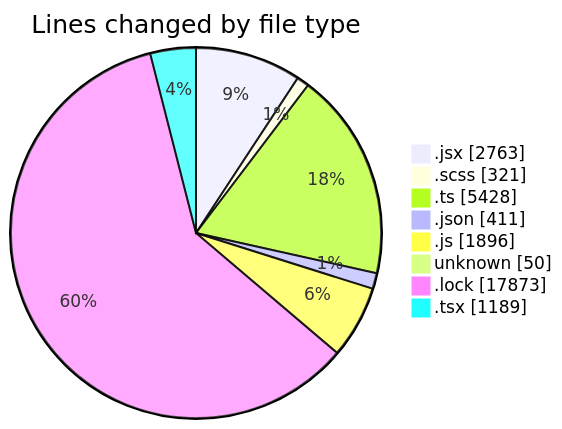
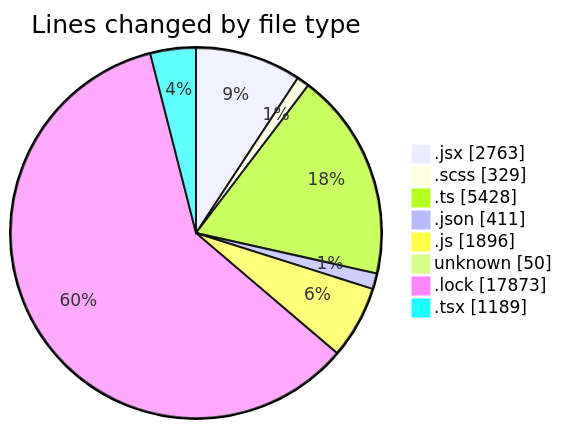
The first of 2 diagrams in 2026-09-01/cda/README.md (momahboobian/code-tracking), drawn with Mermaid before and after one commit. The commit also changed other lines of this file and 1 other file, not shown here.

````diff
--- a/2026-09-01/cda/README.md
+++ b/2026-09-01/cda/README.md
@@ -77,12 +77,12 @@
 ```mermaid
 pie showData
 title Lines changed by file type
 ".jsx" : 2763
-".scss" : 321
+".scss" : 329
 ".ts" : 5428
 ".json" : 411
 ".js" : 1896
 "unknown" : 50
 ".lock" : 17873
 ".tsx" : 1189
 ```
````
